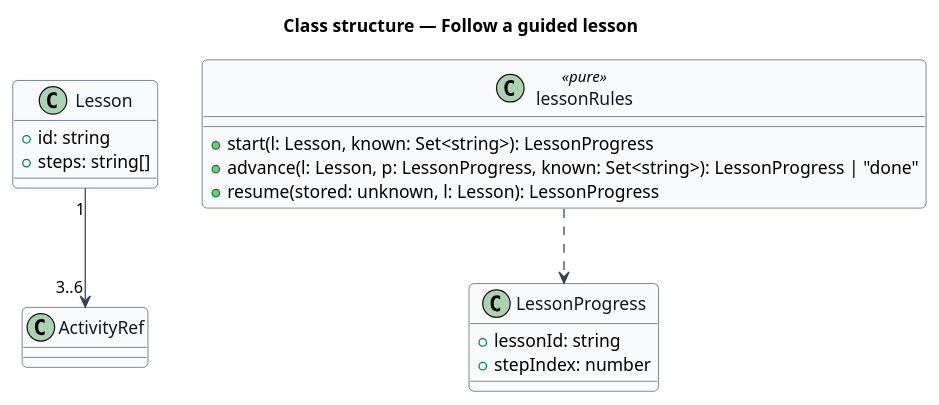
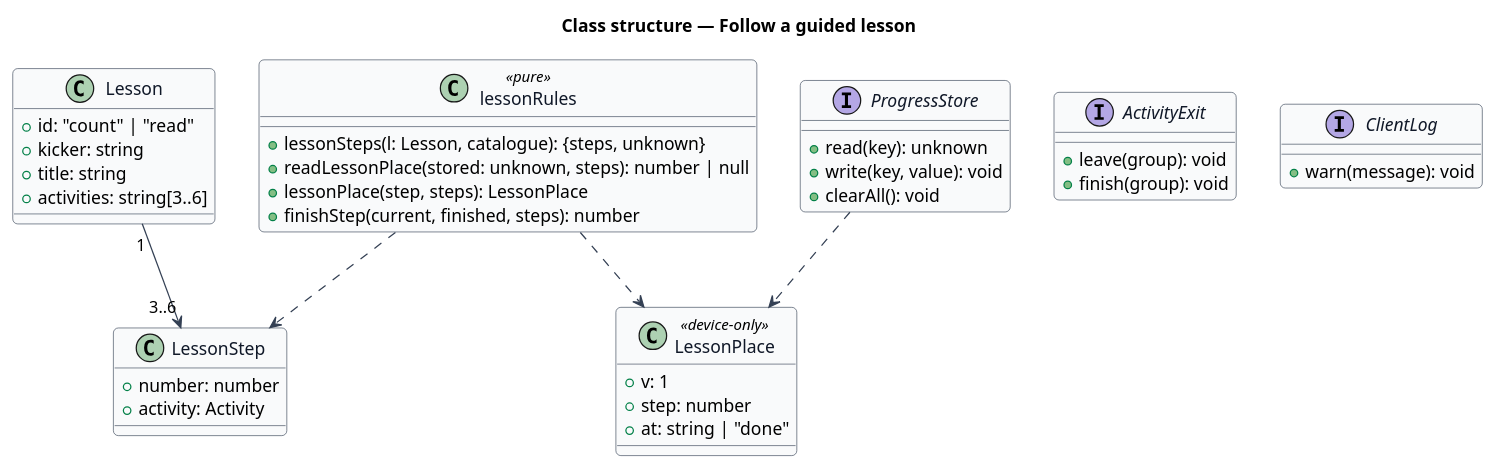
Before and after one commit to QuinntyneBrown/pibbo: the diagram in docs/detailed-designs/lessons/guided-lesson/diagrams/class.puml, drawn with PlantUML. The commit also changed 17 other files, not shown here.

Commit message:
Align the guided lesson: Home's Lesson picture and a done state with no star drawn first, L2-022 follows the path mock, ADR 0025 for the one value a lesson keeps on the device, and the design

```diff
--- a/docs/detailed-designs/lessons/guided-lesson/diagrams/class.puml
+++ b/docs/detailed-designs/lessons/guided-lesson/diagrams/class.puml
@@ -1,29 +1,51 @@
 @startuml
 skinparam backgroundColor #FFFFFF
 skinparam shadowing false
 skinparam roundcorner 8
 skinparam defaultFontName Arial
 skinparam ArrowColor #344054
 skinparam class {
   BorderColor #344054
   FontColor #101828
   BackgroundColor #F9FAFB
 }
 title Class structure — Follow a guided lesson
 
 class Lesson {
-  +id: string
-  +steps: string[]
+  +id: "count" | "read"
+  +kicker: string
+  +title: string
+  +activities: string[3..6]
 }
-class LessonProgress {
-  +lessonId: string
-  +stepIndex: number
+class LessonStep {
+  +number: number
+  +activity: Activity
+}
+class LessonPlace <<device-only>> {
+  +v: 1
+  +step: number
+  +at: string | "done"
 }
 class lessonRules <<pure>> {
-  +start(l: Lesson, known: Set<string>): LessonProgress
-  +advance(l: Lesson, p: LessonProgress, known: Set<string>): LessonProgress | "done"
-  +resume(stored: unknown, l: Lesson): LessonProgress
+  +lessonSteps(l: Lesson, catalogue): {steps, unknown}
+  +readLessonPlace(stored: unknown, steps): number | null
+  +lessonPlace(step, steps): LessonPlace
+  +finishStep(current, finished, steps): number
 }
-Lesson "1" --> "3..6" ActivityRef
-lessonRules ..> LessonProgress
+interface ProgressStore {
+  +read(key): unknown
+  +write(key, value): void
+  +clearAll(): void
+}
+interface ActivityExit {
+  +leave(group): void
+  +finish(group): void
+}
+interface ClientLog {
+  +warn(message): void
+}
+Lesson "1" --> "3..6" LessonStep
+lessonRules ..> LessonPlace
+lessonRules ..> LessonStep
+ProgressStore ..> LessonPlace
 @enduml
```
